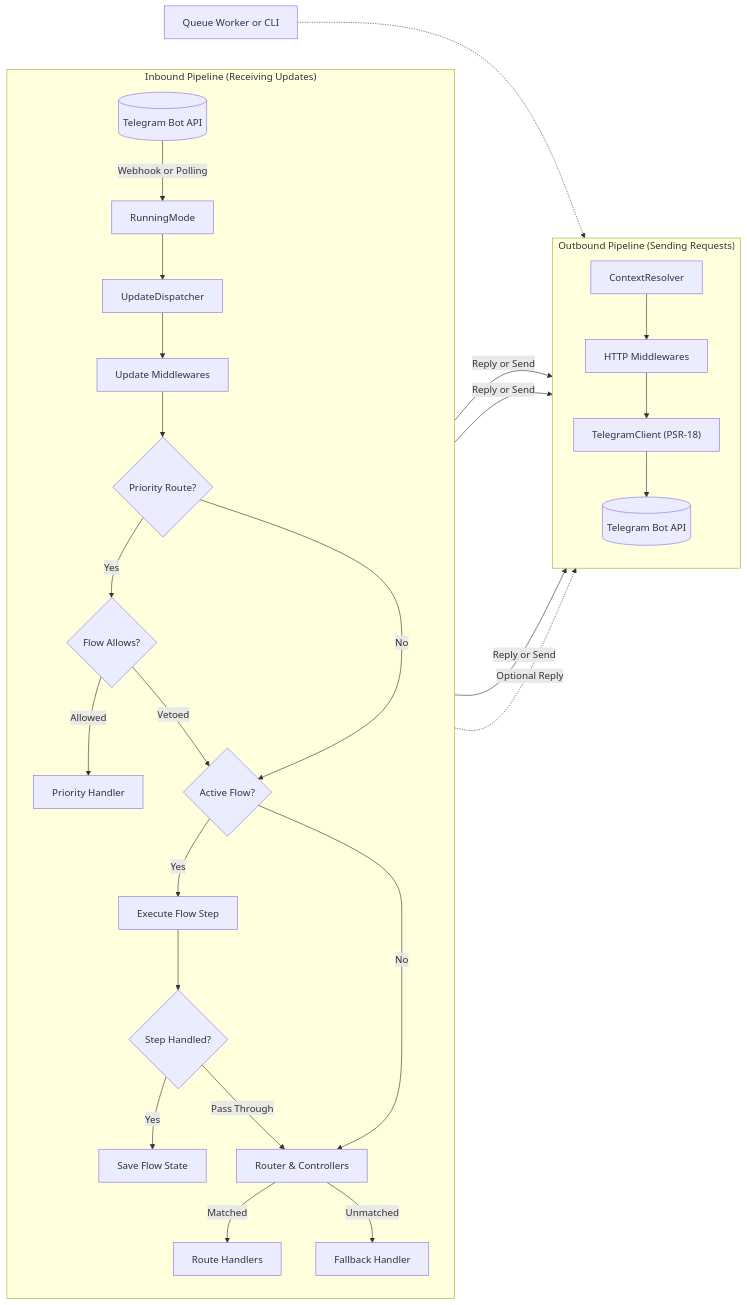
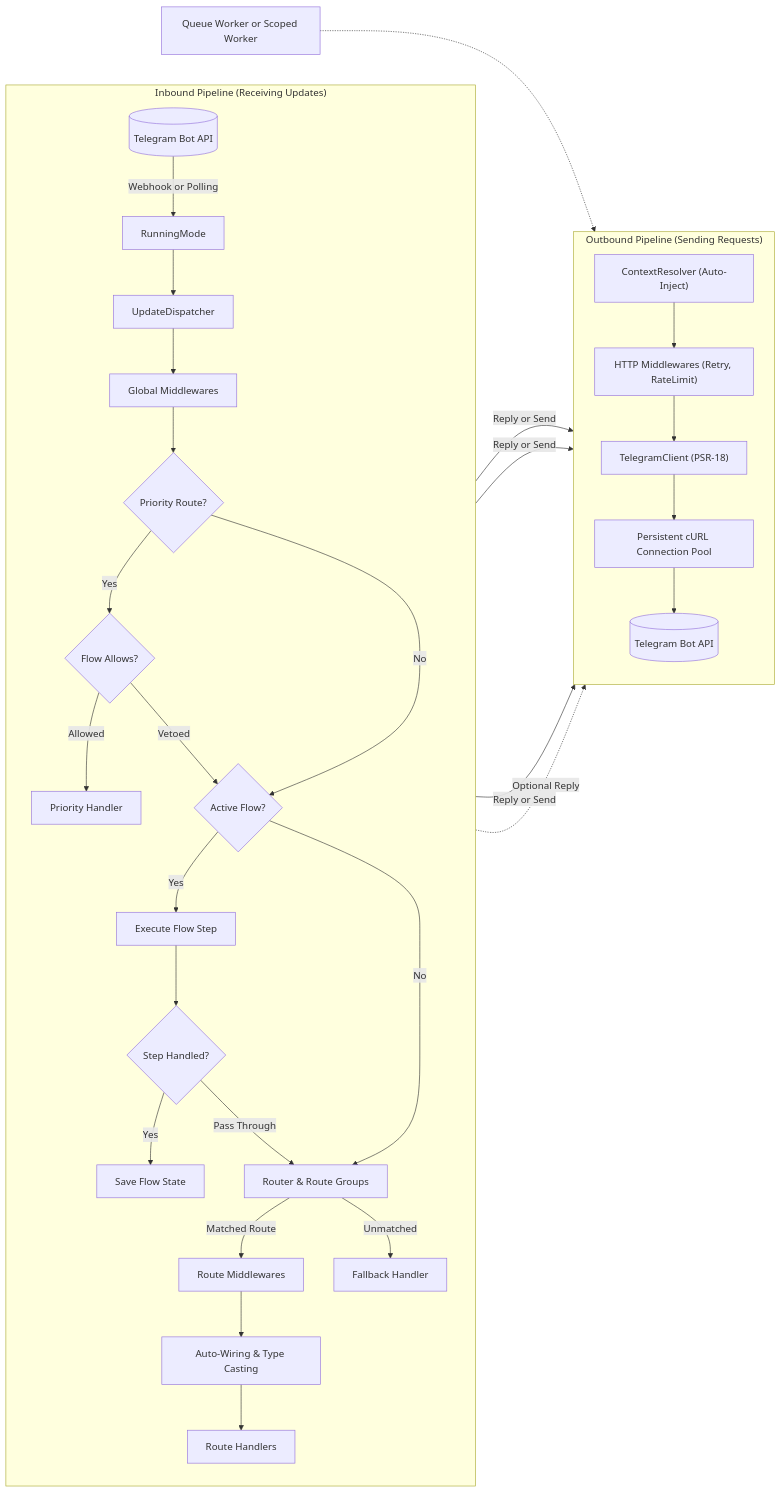
The diagram in docs/guide/telegram-client.md (tueen/telegram), drawn with Mermaid before and after one commit. The commit also changed other lines of this file and 22 other files, not shown here.

````diff
--- a/docs/guide/telegram-client.md
+++ b/docs/guide/telegram-client.md
@@ -115,40 +115,43 @@
 ```mermaid
 flowchart LR
     subgraph InboundTrack ["Inbound Pipeline (Receiving Updates)"]
         direction TB
         TelegramIn[("Telegram Bot API")] -->|Webhook or Polling| Runner["RunningMode"]
         Runner --> Dispatcher["UpdateDispatcher"]
-        Dispatcher --> UpdatePipes["Update Middlewares"]
+        Dispatcher --> UpdatePipes["Global Middlewares"]
         
         UpdatePipes --> PriorityCheck{"Priority Route?"}
         PriorityCheck -->|Yes| ConsultFlow{"Flow Allows?"}
         ConsultFlow -->|Allowed| PriorityHandler["Priority Handler"]
         
         PriorityCheck -->|No| FlowCheck{"Active Flow?"}
         ConsultFlow -->|Vetoed| FlowCheck
         
         FlowCheck -->|Yes| FlowStep["Execute Flow Step"]
         FlowStep --> FlowDecision{"Step Handled?"}
         FlowDecision -->|Yes| FlowDone["Save Flow State"]
-        FlowDecision -->|Pass Through| StandardRoutes["Router & Controllers"]
+        FlowDecision -->|Pass Through| RouterEngine["Router & Route Groups"]
         
-        FlowCheck -->|No| StandardRoutes
-        StandardRoutes -->|Matched| RouteHandlers["Route Handlers"]
-        StandardRoutes -->|Unmatched| Fallback["Fallback Handler"]
+        FlowCheck -->|No| RouterEngine
+        RouterEngine -->|Matched Route| RoutePipes["Route Middlewares"]
+        RoutePipes --> AutoWire["Auto-Wiring & Type Casting"]
+        AutoWire --> RouteHandlers["Route Handlers"]
+        RouterEngine -->|Unmatched| Fallback["Fallback Handler"]
     end
 
     subgraph OutboundTrack ["Outbound Pipeline (Sending Requests)"]
         direction TB
-        Context["ContextResolver"]
-        Context --> HttpPipes["HTTP Middlewares"]
+        Context["ContextResolver (Auto-Inject)"]
+        Context --> HttpPipes["HTTP Middlewares (Retry, RateLimit)"]
         HttpPipes --> Client["TelegramClient (PSR-18)"]
-        Client --> TelegramOut[("Telegram Bot API")]
+        Client --> Pool["Persistent cURL Connection Pool"]
+        Pool --> TelegramOut[("Telegram Bot API")]
     end
 
     %% Handlers send API requests back through Outbound Pipeline
     PriorityHandler -->|Reply or Send| Context
     FlowStep -->|Reply or Send| Context
     RouteHandlers -->|Reply or Send| Context
     Fallback -.->|Optional Reply| Context
-    DirectCall["Queue Worker or CLI"] -.-> Context
+    DirectCall["Queue Worker or Scoped Worker"] -.-> Context
 ```
````
